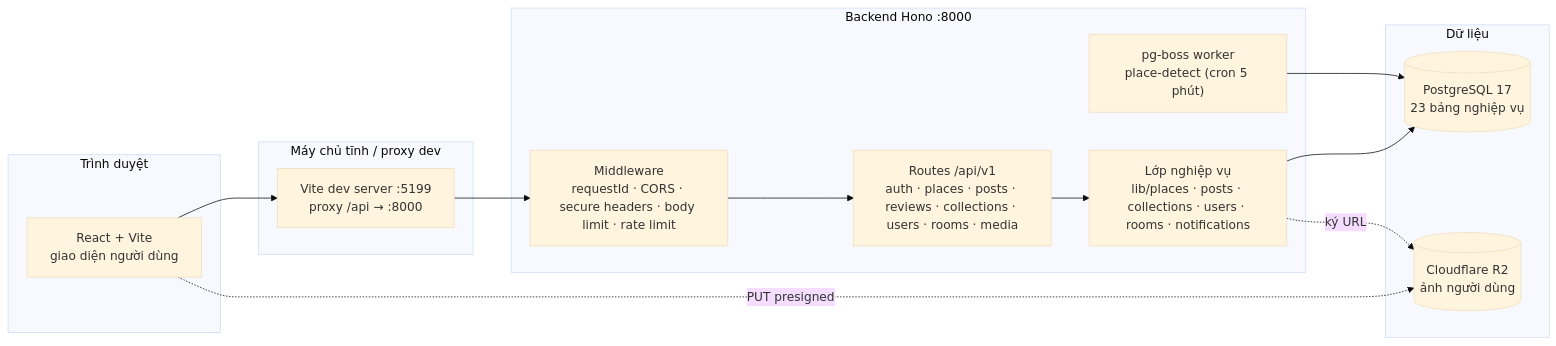
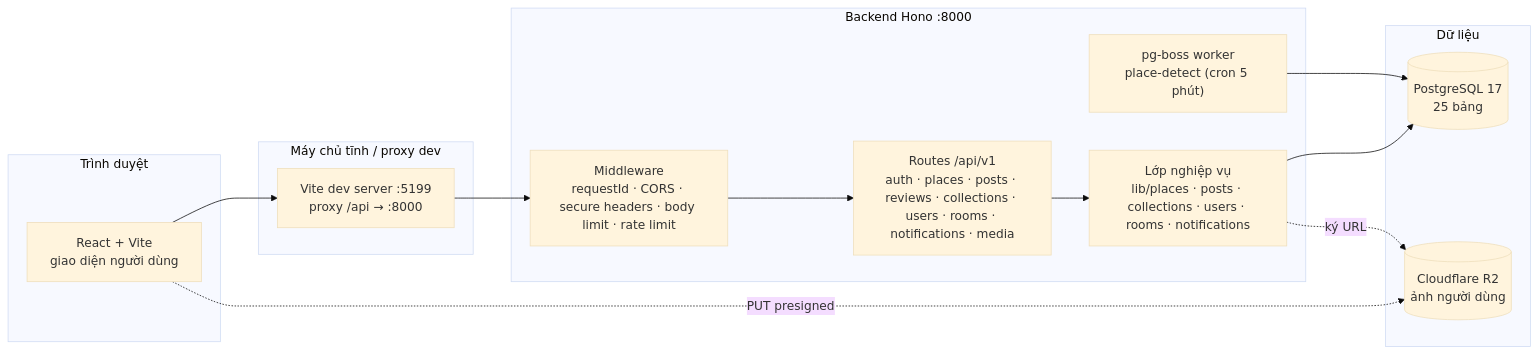
The first of 14 diagrams in docs/bao-cao/BAO-CAO-DO-AN.md (longqt321/Rendez-PBL6), drawn with Mermaid (base theme) before and after one commit. The commit also changed other lines of this file, not shown here.

````diff
--- a/docs/bao-cao/BAO-CAO-DO-AN.md
+++ b/docs/bao-cao/BAO-CAO-DO-AN.md
@@ -153,23 +167,23 @@
 ```mermaid
 flowchart LR
   subgraph Client["Trình duyệt"]
     UI["React + Vite<br/>giao diện người dùng"]
   end
   subgraph Edge["Máy chủ tĩnh / proxy dev"]
     Vite["Vite dev server :5199<br/>proxy /api → :8000"]
   end
   subgraph API["Backend Hono :8000"]
     MW["Middleware<br/>requestId · CORS · secure headers · body limit · rate limit"]
-    RT["Routes /api/v1<br/>auth · places · posts · reviews · collections · users · rooms · media"]
+    RT["Routes /api/v1<br/>auth · places · posts · reviews · collections · users · rooms · notifications · media"]
     LIB["Lớp nghiệp vụ<br/>lib/places · posts · collections · users · rooms · notifications"]
     JOB["pg-boss worker<br/>place-detect (cron 5 phút)"]
   end
   subgraph Data["Dữ liệu"]
-    PG[("PostgreSQL 17<br/>23 bảng nghiệp vụ")]
+    PG[("PostgreSQL 17<br/>25 bảng")]
     R2[("Cloudflare R2<br/>ảnh người dùng")]
   end
   UI --> Vite --> MW --> RT --> LIB --> PG
   JOB --> PG
   UI -. "PUT presigned" .-> R2
   LIB -. "ký URL" .-> R2
 ```
````
